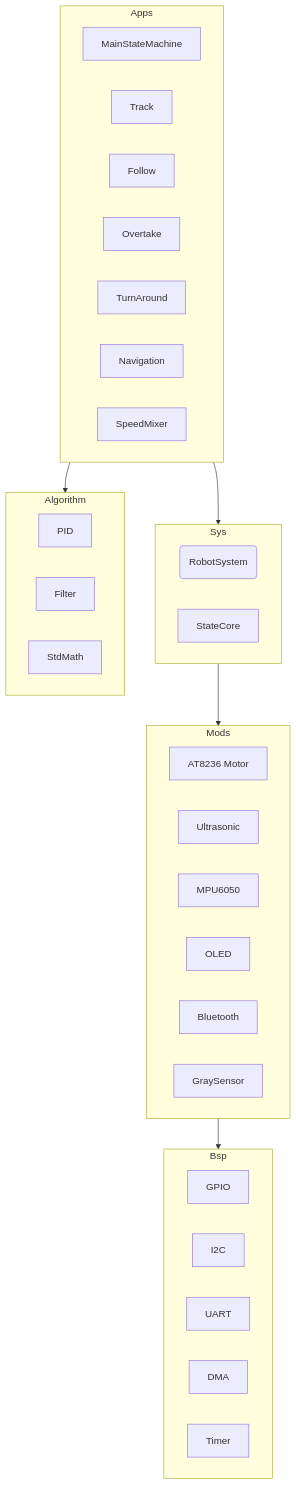
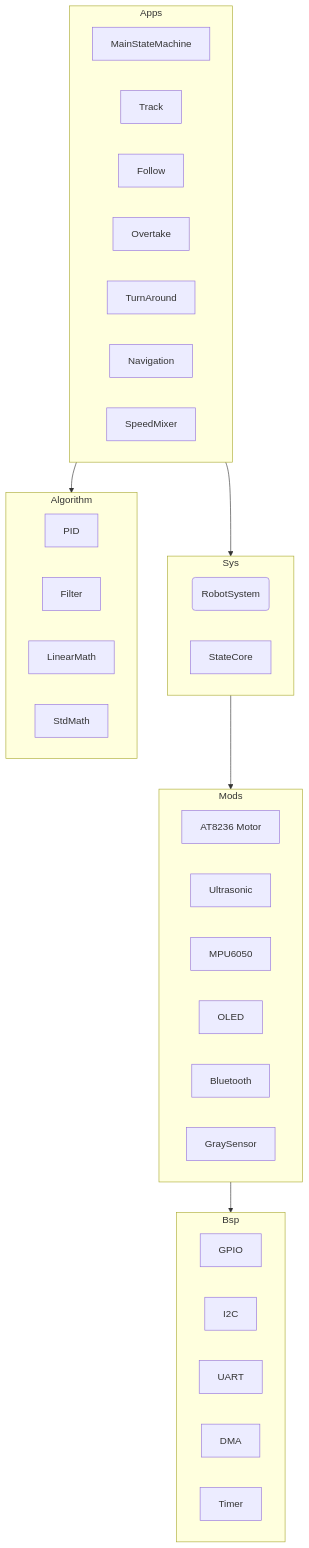
One commit to NovaZone1/Eletronic_Design_Competition_NJUST_A1 changed the first of 2 diagrams in README.md. Above: the diagram before and after it, drawn with Mermaid. The commit also changed other lines of this file and 1 other file, not shown here.

````diff
--- a/README.md
+++ b/README.md
@@ -27,43 +27,44 @@
 ```mermaid
 graph TB
     subgraph Apps
         MainStateMachine
         Track
         Follow
         Overtake
         TurnAround
         Navigation
         SpeedMixer
     end
 
     subgraph Sys
         System(RobotSystem)
         StateCore
     end
 
     subgraph Mods
         motor[AT8236 Motor]
         ultrasonic[Ultrasonic]
         mpu6050[MPU6050]
         oled[OLED]
         bluetooth[Bluetooth]
         gray[GraySensor]
     end
 
     subgraph Bsp
         GPIO
         I2C
         UART
         DMA
         Timer
     end
 
     subgraph Algorithm
         PID
         Filter
+        LinearMath
         StdMath
     end
 
     Apps --> Sys --> Mods --> Bsp
     Apps --> Algorithm
 ```
````
